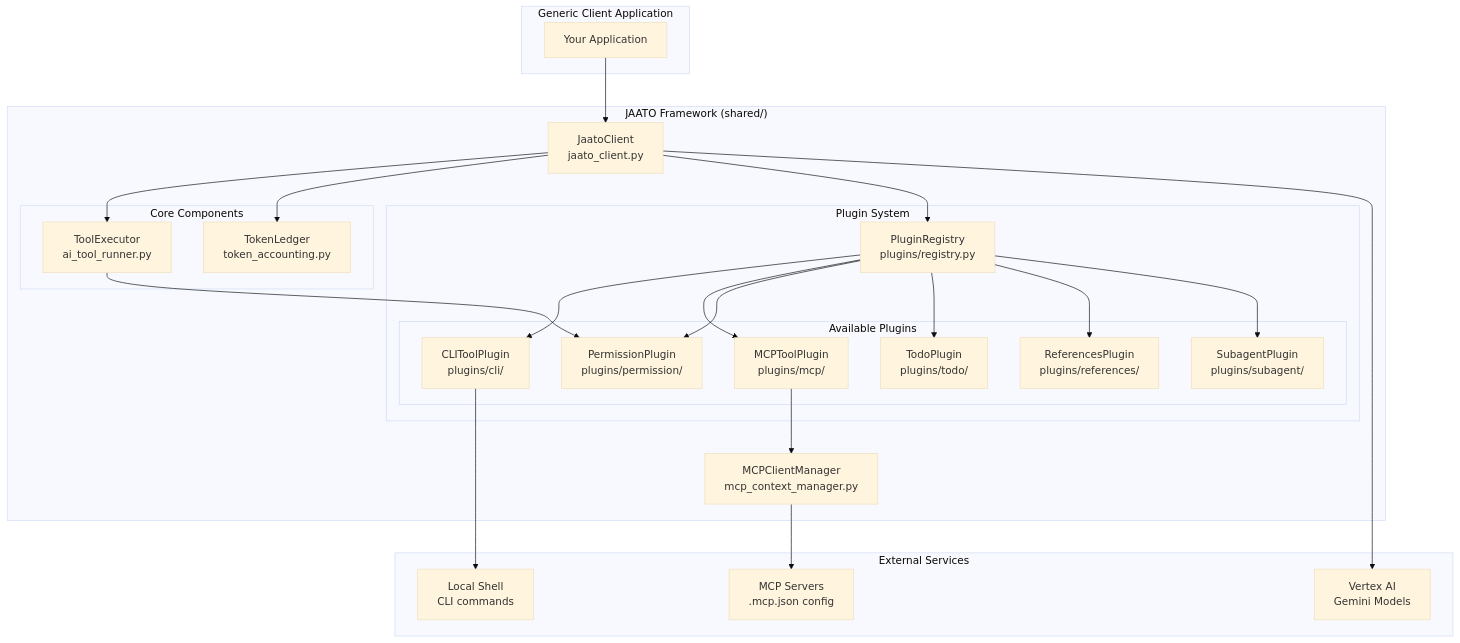
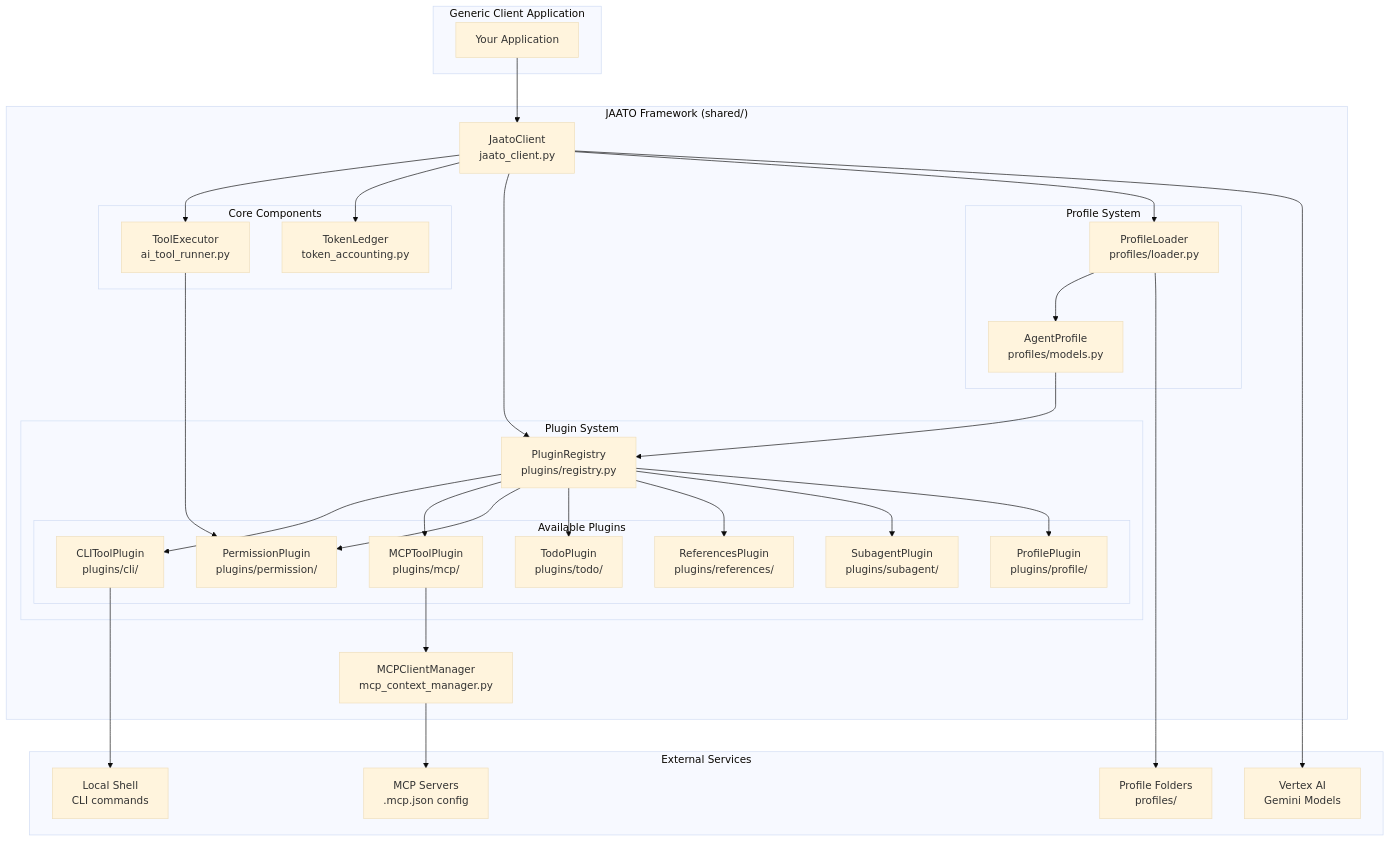
One commit to apanoia/jaato changed the first of 4 diagrams in docs/architecture.md. Above: the diagram before and after it, drawn with Mermaid (base theme). The commit also changed other lines of this file and 1 other file, not shown here.

First line of the commit message:
docs: Add profile system to architecture diagrams and README

````diff
--- a/docs/architecture.md
+++ b/docs/architecture.md
@@ -54,52 +55,64 @@
 ```mermaid
 flowchart TB
     subgraph Client["Generic Client Application"]
         App[Your Application]
     end
 
     subgraph Framework["JAATO Framework (shared/)"]
         JC[JaatoClient<br/>jaato_client.py]
 
         subgraph Core["Core Components"]
             TE[ToolExecutor<br/>ai_tool_runner.py]
             TL[TokenLedger<br/>token_accounting.py]
         end
 
+        subgraph Profiles["Profile System"]
+            PL[ProfileLoader<br/>profiles/loader.py]
+            AP[AgentProfile<br/>profiles/models.py]
+        end
+
         subgraph Plugins["Plugin System"]
             PR[PluginRegistry<br/>plugins/registry.py]
 
             subgraph Available["Available Plugins"]
                 CLI[CLIToolPlugin<br/>plugins/cli/]
                 MCP[MCPToolPlugin<br/>plugins/mcp/]
                 PERM[PermissionPlugin<br/>plugins/permission/]
                 TODO[TodoPlugin<br/>plugins/todo/]
                 REFS[ReferencesPlugin<br/>plugins/references/]
                 SUB[SubagentPlugin<br/>plugins/subagent/]
+                PROF[ProfilePlugin<br/>plugins/profile/]
             end
         end
 
         MCM[MCPClientManager<br/>mcp_context_manager.py]
     end
 
     subgraph External["External Services"]
         VAI[Vertex AI<br/>Gemini Models]
         MCPS[MCP Servers<br/>.mcp.json config]
         Shell[Local Shell<br/>CLI commands]
+        PF[Profile Folders<br/>profiles/]
     end
 
     App --> JC
     JC --> TE
     JC --> TL
     JC --> PR
+    JC --> PL
+    PL --> AP
+    PL --> PF
+    AP --> PR
     PR --> CLI
     PR --> MCP
     PR --> PERM
     PR --> TODO
     PR --> REFS
     PR --> SUB
+    PR --> PROF
     TE --> PERM
     MCP --> MCM
     MCM --> MCPS
     CLI --> Shell
     JC --> VAI
 ```
````
